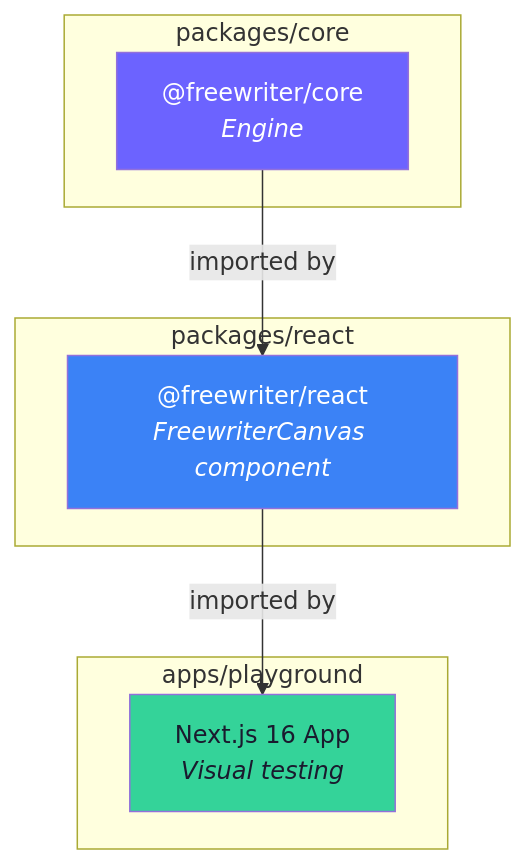
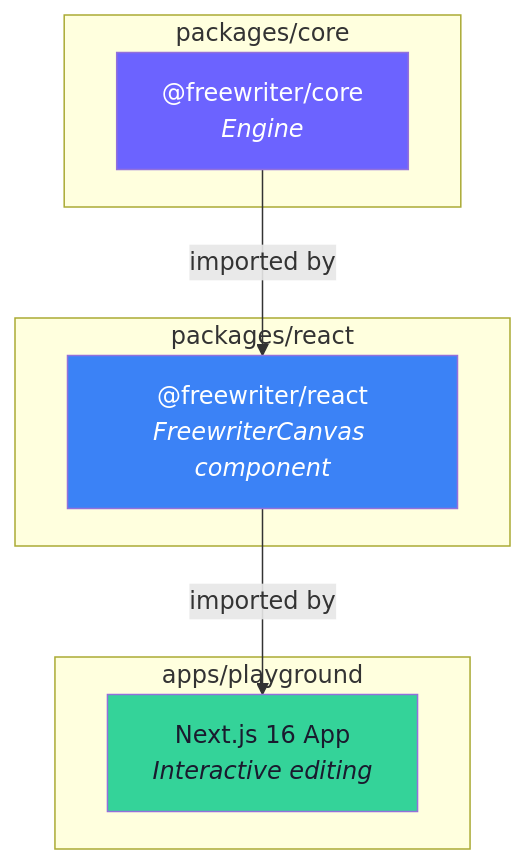
Diagram 18 of 18 in packages/core/ARCHITECTURE.md (MadhushaSUM/freewriter), drawn with Mermaid before and after one commit. The commit also changed other lines of this file and 20 other files, not shown here.

````diff
--- a/packages/core/ARCHITECTURE.md
+++ b/packages/core/ARCHITECTURE.md
@@ -384,21 +919,21 @@
 ```mermaid
 graph TB
     subgraph "packages/core"
         CORE["@freewriter/core<br/><i>Engine</i>"]
     end
 
     subgraph "packages/react"
         REACT["@freewriter/react<br/><i>FreewriterCanvas component</i>"]
     end
 
     subgraph "apps/playground"
-        PLAY["Next.js 16 App<br/><i>Visual testing</i>"]
+        PLAY["Next.js 16 App<br/><i>Interactive editing</i>"]
     end
 
     CORE -->|"imported by"| REACT
     REACT -->|"imported by"| PLAY
 
     style CORE fill:#6c63ff,color:#fff
     style REACT fill:#3b82f6,color:#fff
     style PLAY fill:#34d399,color:#1a1a2e
 ```
````
